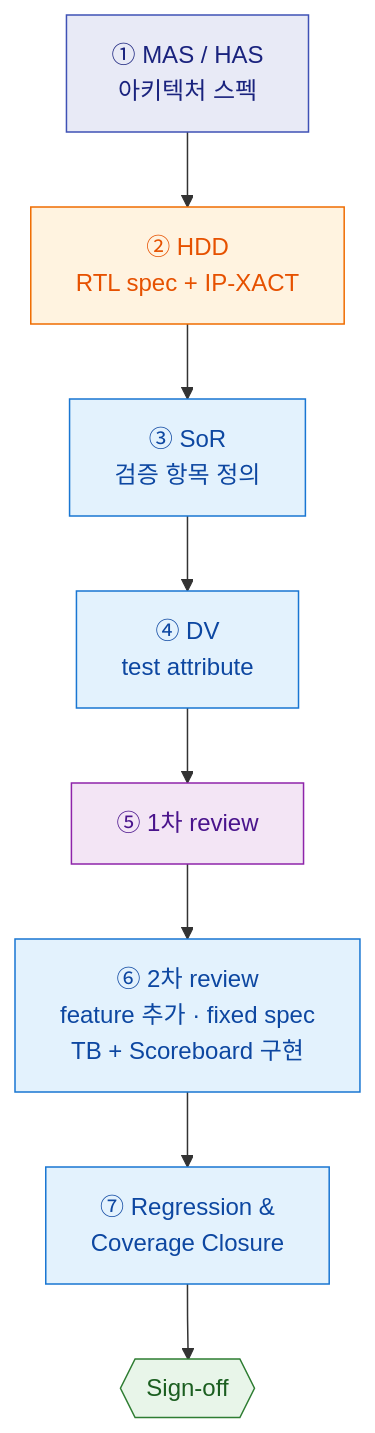
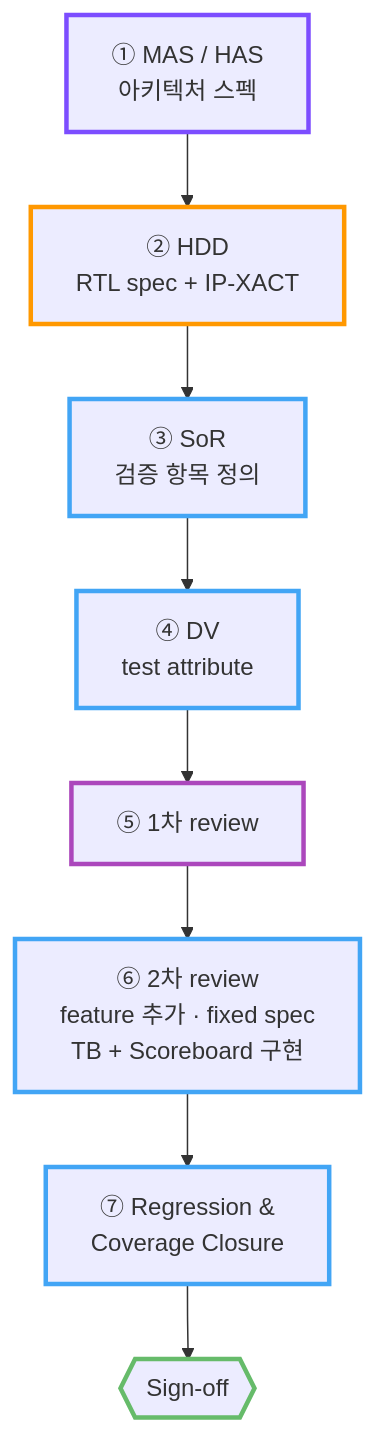
Before and after one commit to jaewoo9912/JDVS: the diagram in docs/dv/workflow.md, drawn with Mermaid. The commit also changed 1 other file, not shown here.

Commit message:
[+] Edit theme of the pages #4

````diff
--- a/docs/dv/workflow.md
+++ b/docs/dv/workflow.md
@@ -7,16 +7,17 @@
 ```mermaid
 flowchart TD
     A["① MAS / HAS<br/>아키텍처 스펙"]:::joint --> B["② HDD<br/>RTL spec + IP-XACT"]:::design
     B --> C["③ SoR<br/>검증 항목 정의"]:::dv
     C --> D["④ DV<br/>test attribute"]:::dv
     D --> E["⑤ 1차 review"]:::review
     E --> F["⑥ 2차 review<br/>feature 추가 · fixed spec<br/>TB + Scoreboard 구현"]:::dv
     F --> G["⑦ Regression &<br/>Coverage Closure"]:::dv
     G --> H{{"Sign-off"}}:::signoff
 
-    classDef joint fill:#e8eaf6,stroke:#3f51b5,color:#1a237e;
-    classDef design fill:#fff3e0,stroke:#ef6c00,color:#e65100;
-    classDef dv fill:#e3f2fd,stroke:#1976d2,color:#0d47a1;
-    classDef review fill:#f3e5f5,stroke:#8e24aa,color:#4a148c;
-    classDef signoff fill:#e8f5e9,stroke:#2e7d32,color:#1b5e20;
+    %% 글자/배경은 테마가 자동 처리 → 색 구분은 테두리로만 (라이트/다크 모두 가독성 유지)
+    classDef joint stroke:#7c4dff,stroke-width:3px;
+    classDef design stroke:#ff9800,stroke-width:3px;
+    classDef dv stroke:#42a5f5,stroke-width:3px;
+    classDef review stroke:#ab47bc,stroke-width:3px;
+    classDef signoff stroke:#66bb6a,stroke-width:3px;
 ```
````
